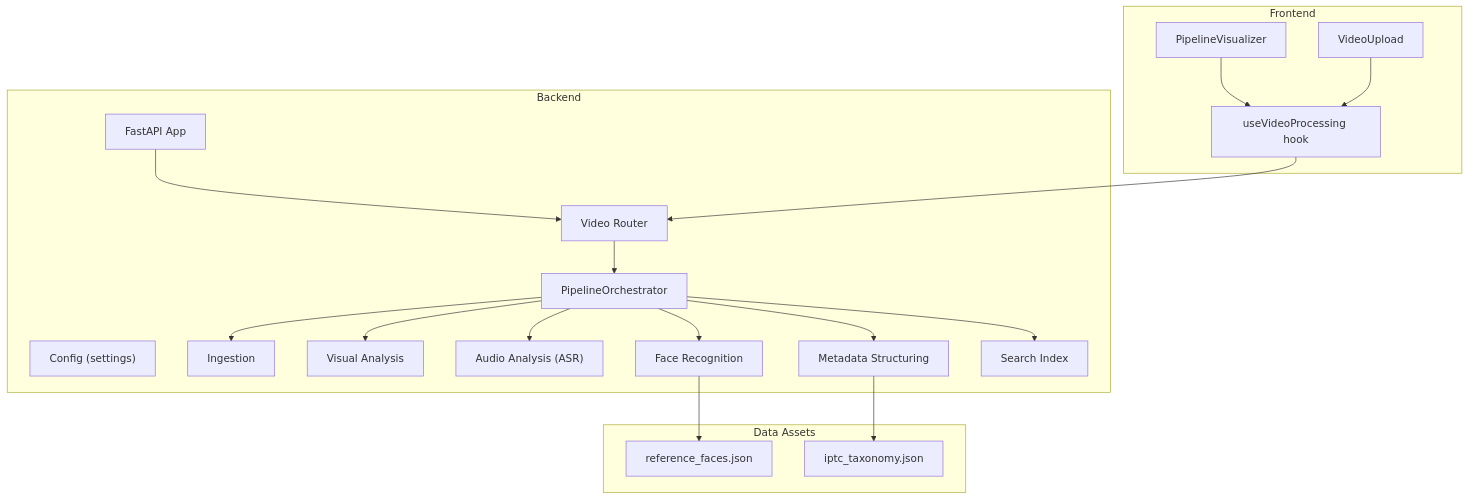
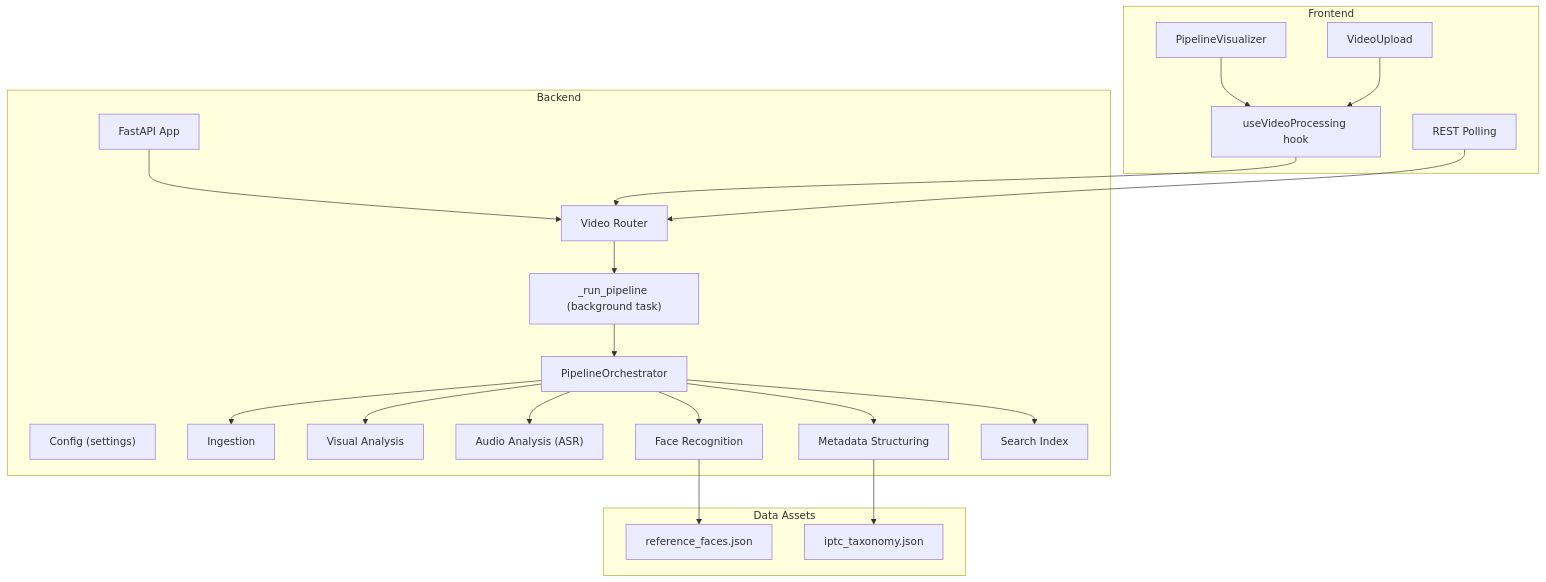
Before and after one commit to alexandreybasta-cyber/dubai-media-ai: the first of 5 diagrams in .qoder/repowiki/en/content/Media Processing Pipeline/Media Processing Pipeline.md, drawn with Mermaid. The commit also changed other lines of this file and 19 other files, not shown here.

````diff
--- a/.qoder/repowiki/en/content/Media Processing Pipeline/Media Processing Pipeline.md
+++ b/.qoder/repowiki/en/content/Media Processing Pipeline/Media Processing Pipeline.md
@@ -52,37 +53,41 @@
 ```mermaid
 graph TB
 subgraph "Backend"
 CFG["Config (settings)"]
 ORCH["PipelineOrchestrator"]
 ST1["Ingestion"]
 ST2["Visual Analysis"]
 ST3["Audio Analysis (ASR)"]
 ST4["Face Recognition"]
 ST5["Metadata Structuring"]
 ST6["Search Index"]
 ROUTER["Video Router"]
 MAIN["FastAPI App"]
+ENDTASK["_run_pipeline (background task)"]
 end
 subgraph "Data Assets"
 REF["reference_faces.json"]
 IPTC["iptc_taxonomy.json"]
 end
 subgraph "Frontend"
 HOOK["useVideoProcessing hook"]
 VIS["PipelineVisualizer"]
 UP["VideoUpload"]
+POLL["REST Polling"]
 end
 MAIN --> ROUTER
-ROUTER --> ORCH
+ROUTER --> ENDTASK
+ENDTASK --> ORCH
 ORCH --> ST1
 ORCH --> ST2
 ORCH --> ST3
 ORCH --> ST4
 ORCH --> ST5
 ORCH --> ST6
 ST4 --> REF
 ST5 --> IPTC
 HOOK --> ROUTER
 VIS --> HOOK
 UP --> HOOK
+POLL --> ROUTER
 ```
````
